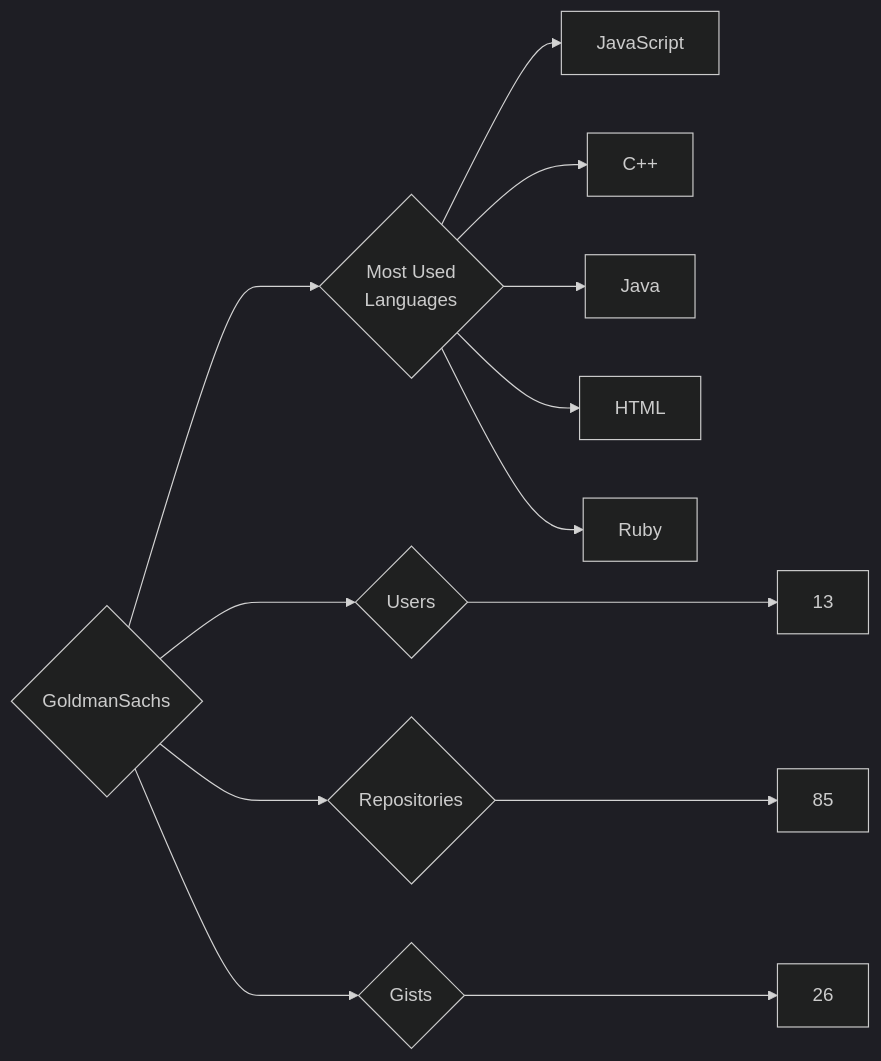
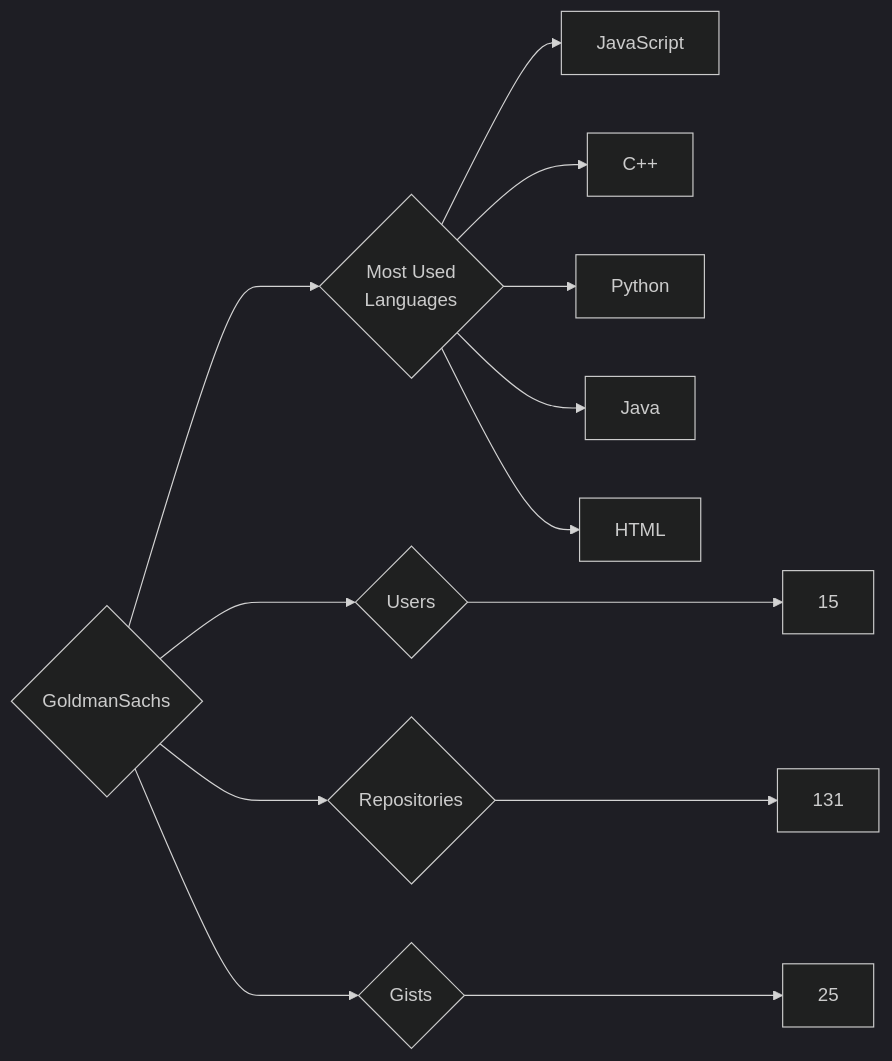
The diagram in targets/GoldmanSachs/README.md (trickest/insiders), drawn with Mermaid (dark theme) before and after one commit. The commit also changed 1238 other files, not shown here.

````diff
--- a/targets/GoldmanSachs/README.md
+++ b/targets/GoldmanSachs/README.md
@@ -3,13 +3,13 @@
 ```mermaid
 graph LR
 COMPANY_NAME{GoldmanSachs}
-COMPANY_NAME ---> U{Users} ---> UN[13]
-COMPANY_NAME ---> R{Repositories} ---> RN[85]
-COMPANY_NAME ---> G{Gists} ---> GN[26]
+COMPANY_NAME ---> U{Users} ---> UN[15]
+COMPANY_NAME ---> R{Repositories} ---> RN[131]
+COMPANY_NAME ---> G{Gists} ---> GN[25]
 COMPANY_NAME ---> ML{Most Used<br>Languages}
 ML --> JavaScript[JavaScript]
 ML --> C++[C++]
+ML --> Python[Python]
 ML --> Java[Java]
 ML --> HTML[HTML]
-ML --> Ruby[Ruby]
 ```
````
